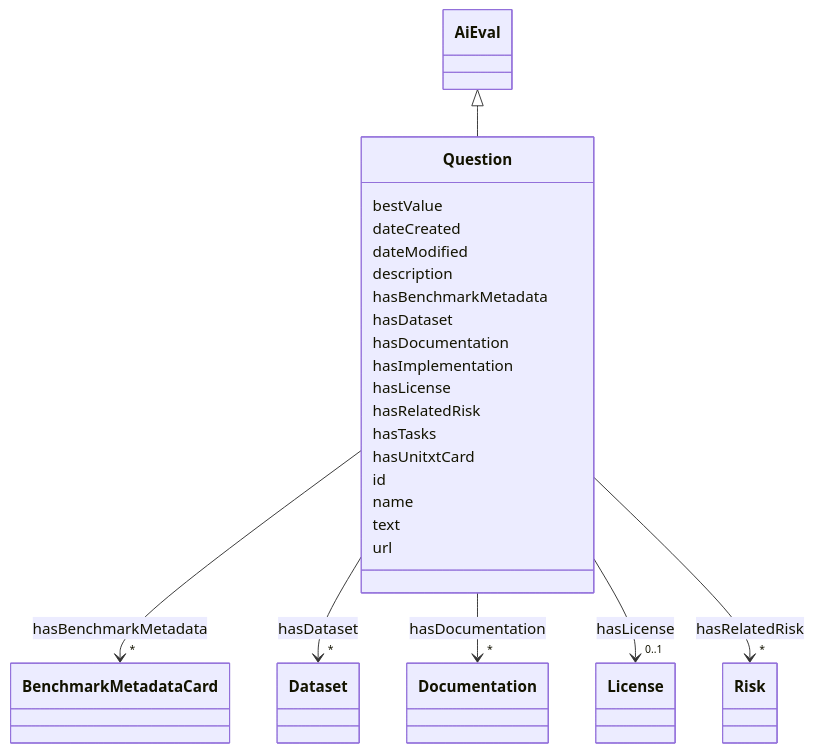
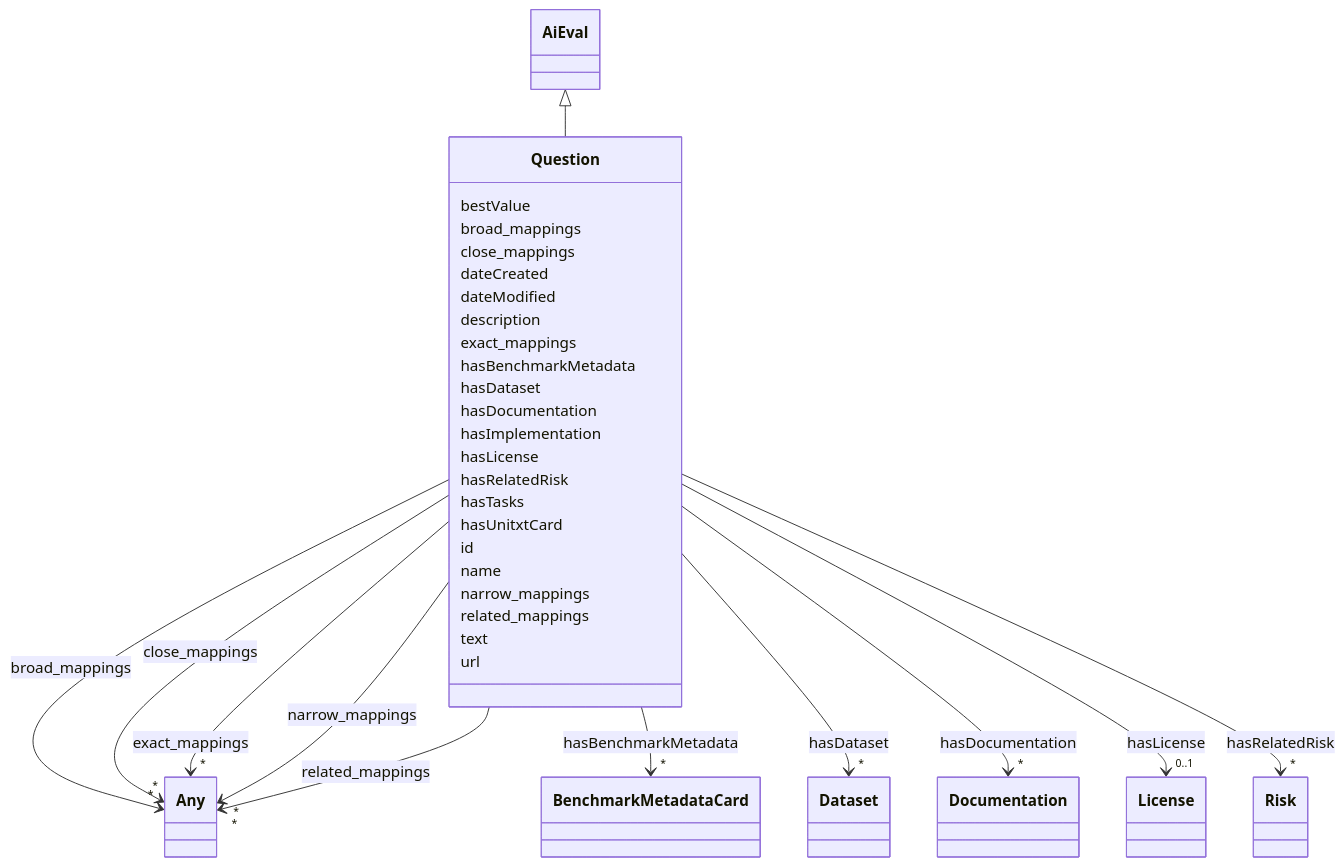
The diagram in docs/ontology/Question.md (ingelise/risk-atlas-nexus), drawn with Mermaid before and after one commit. The commit also changed other lines of this file and 180 other files, not shown here.

```diff
--- a/docs/ontology/Question.md
+++ b/docs/ontology/Question.md
@@ -24,11 +24,44 @@
 
       Question : bestValue
 
+      Question : broad_mappings
+
+
+
+
+
+        Question --> "*" Any : broad_mappings
+        click Any href "../Any/"
+
+
+
+      Question : close_mappings
+
+
+
+
+
+        Question --> "*" Any : close_mappings
+        click Any href "../Any/"
+
+
+
       Question : dateCreated
 
       Question : dateModified
 
       Question : description
+
+      Question : exact_mappings
+
+
+
+
+
+        Question --> "*" Any : exact_mappings
+        click Any href "../Any/"
+
+
 
       Question : hasBenchmarkMetadata
 
@@ -95,6 +128,28 @@
 
       Question : name
 
+      Question : narrow_mappings
+
+
+
+
+
+        Question --> "*" Any : narrow_mappings
+        click Any href "../Any/"
+
+
+
+      Question : related_mappings
+
+
+
+
+
+        Question --> "*" Any : related_mappings
+        click Any href "../Any/"
+
+
+
       Question : text
 
       Question : url
```
